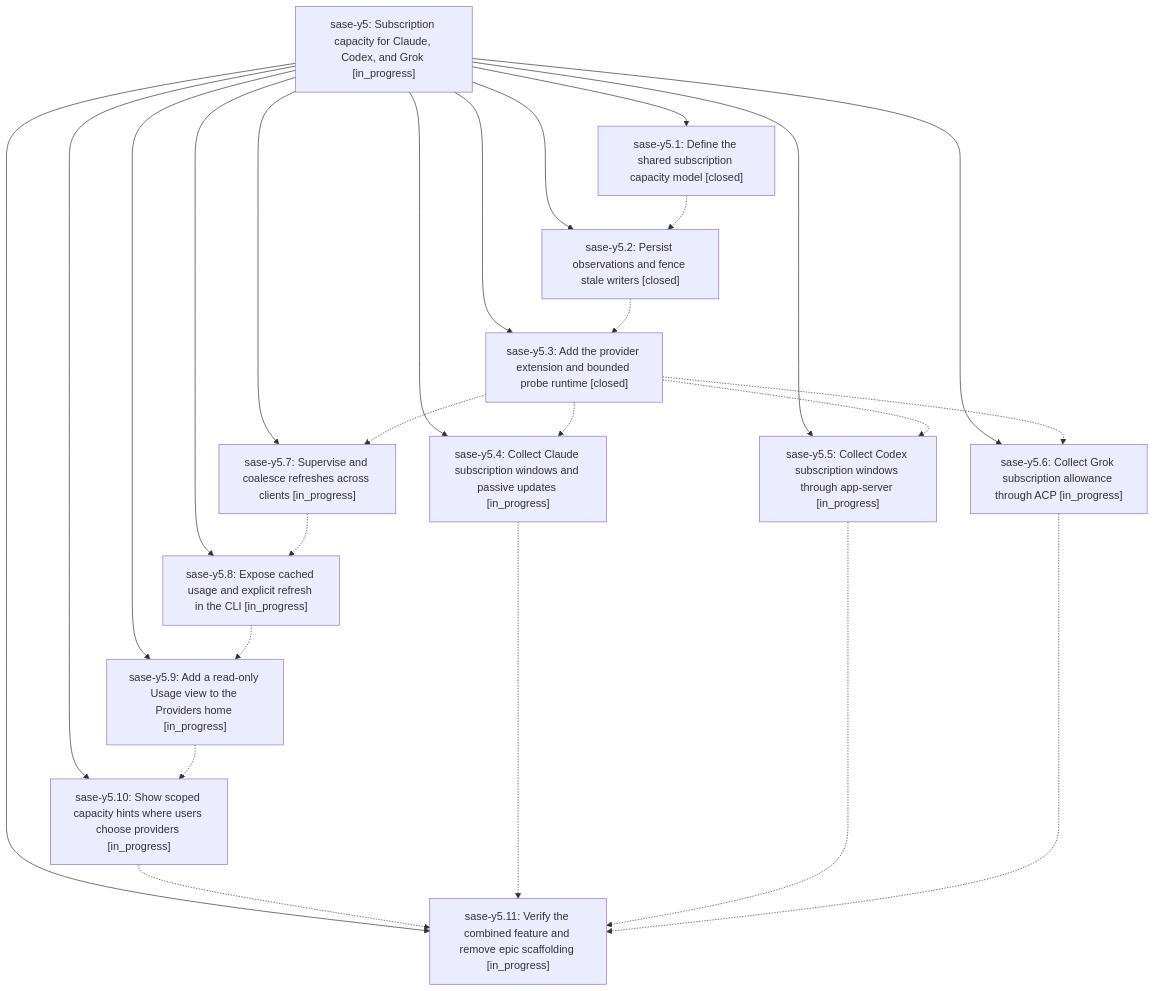
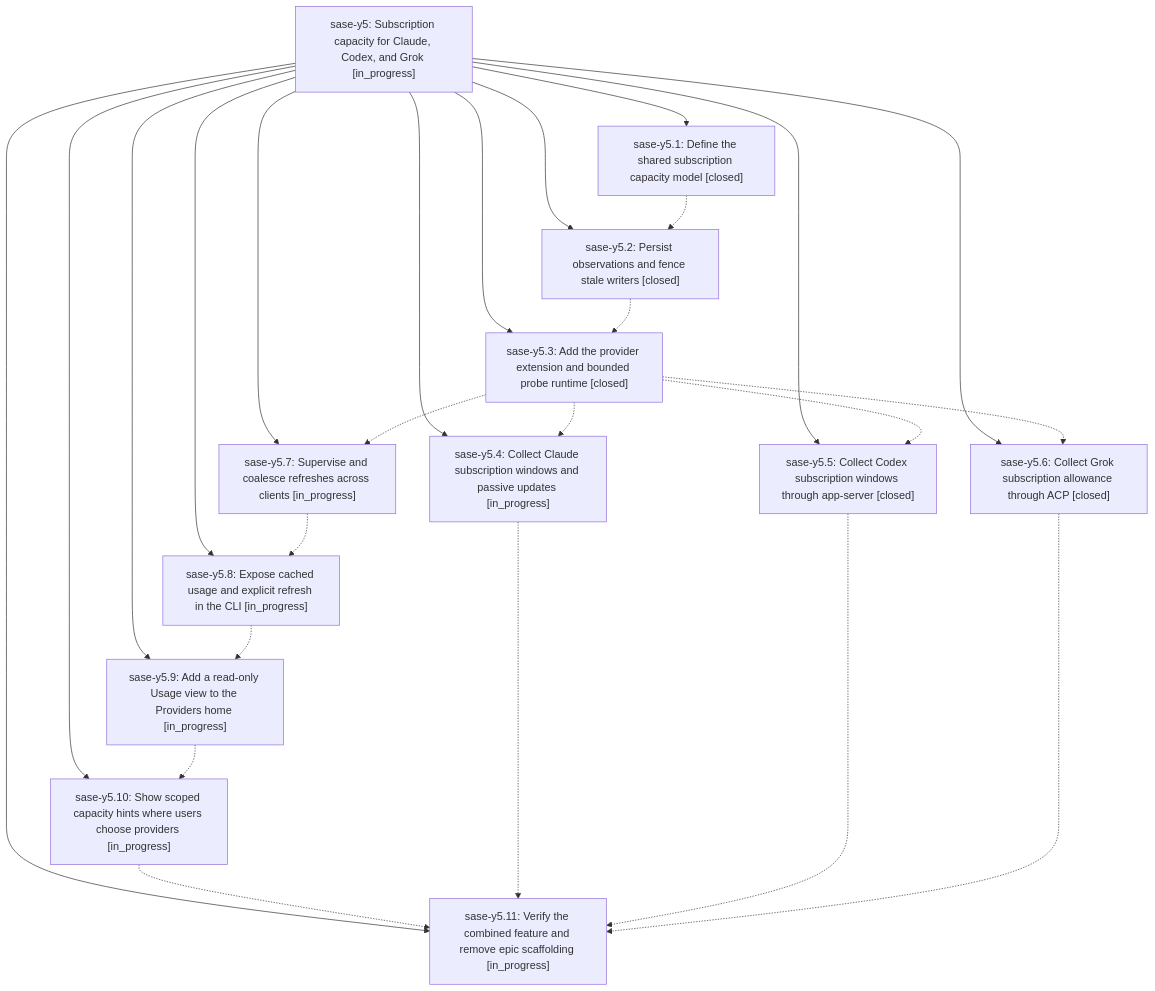
One commit to sase-org/sase--beads changed the diagram in pages/sase-y5/README.md. Above: the diagram before and after it, drawn with Mermaid. The commit also changed other lines of this file and 4 other files, not shown here.

````diff
--- a/pages/sase-y5/README.md
+++ b/pages/sase-y5/README.md
@@ -44,39 +44,39 @@
 ```mermaid
 flowchart TD
     n0["sase-y5: Subscription capacity for Claude, Codex, and Grok [in_progress]"]
     n1["sase-y5.1: Define the shared subscription capacity model [closed]"]
     n2["sase-y5.10: Show scoped capacity hints where users choose providers [in_progress]"]
     n3["sase-y5.11: Verify the combined feature and remove epic scaffolding [in_progress]"]
     n4["sase-y5.2: Persist observations and fence stale writers [closed]"]
     n5["sase-y5.3: Add the provider extension and bounded probe runtime [closed]"]
     n6["sase-y5.4: Collect Claude subscription windows and passive updates [in_progress]"]
-    n7["sase-y5.5: Collect Codex subscription windows through app-server [in_progress]"]
-    n8["sase-y5.6: Collect Grok subscription allowance through ACP [in_progress]"]
+    n7["sase-y5.5: Collect Codex subscription windows through app-server [closed]"]
+    n8["sase-y5.6: Collect Grok subscription allowance through ACP [closed]"]
     n9["sase-y5.7: Supervise and coalesce refreshes across clients [in_progress]"]
     n10["sase-y5.8: Expose cached usage and explicit refresh in the CLI [in_progress]"]
     n11["sase-y5.9: Add a read-only Usage view to the Providers home [in_progress]"]
     n0 --> n1
     n0 --> n2
     n0 --> n3
     n0 --> n4
     n0 --> n5
     n0 --> n6
     n0 --> n7
     n0 --> n8
     n0 --> n9
     n0 --> n10
     n0 --> n11
     n1 -.-> n4
     n2 -.-> n3
     n4 -.-> n5
     n5 -.-> n6
     n5 -.-> n7
     n5 -.-> n8
     n5 -.-> n9
     n6 -.-> n3
     n7 -.-> n3
     n8 -.-> n3
     n9 -.-> n10
     n10 -.-> n11
     n11 -.-> n2
 ```
````
